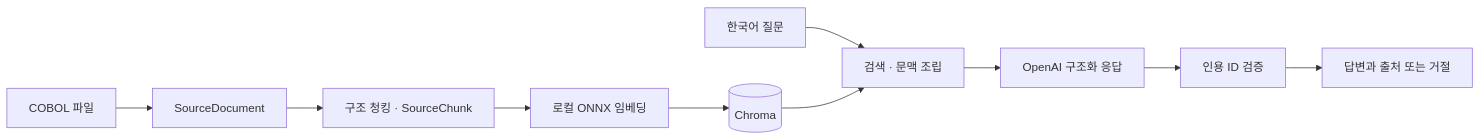
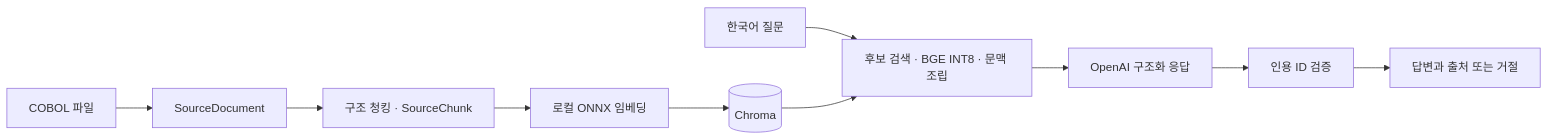
One commit to DKB-2000/COBOL-RAG-BACKEND changed the diagram in README.md. Above: the diagram before and after it, drawn with Mermaid. The commit also changed other lines of this file and 37 other files, not shown here.

````diff
--- a/README.md
+++ b/README.md
@@ -42,12 +44,12 @@
 ```mermaid
 flowchart LR
     A[COBOL 파일] --> B[SourceDocument]
     B --> C[구조 청킹 · SourceChunk]
     C --> D[로컬 ONNX 임베딩]
     D --> E[(Chroma)]
-    Q[한국어 질문] --> F[검색 · 문맥 조립]
+    Q[한국어 질문] --> F[후보 검색 · BGE INT8 · 문맥 조립]
     E --> F
     F --> G[OpenAI 구조화 응답]
     G --> H[인용 ID 검증]
     H --> I[답변과 출처 또는 거절]
 ```
````
